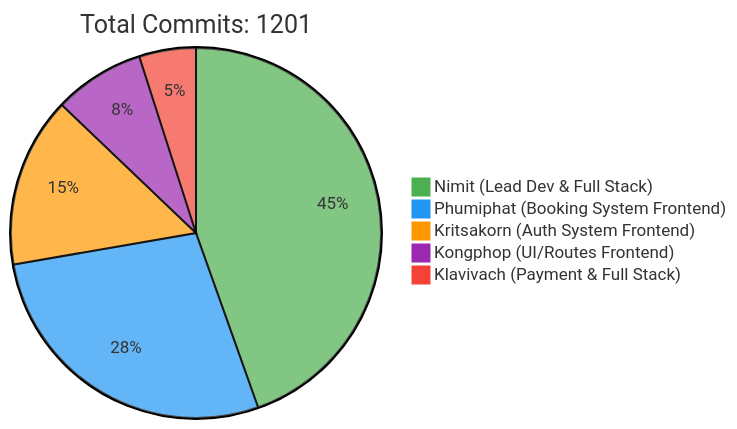
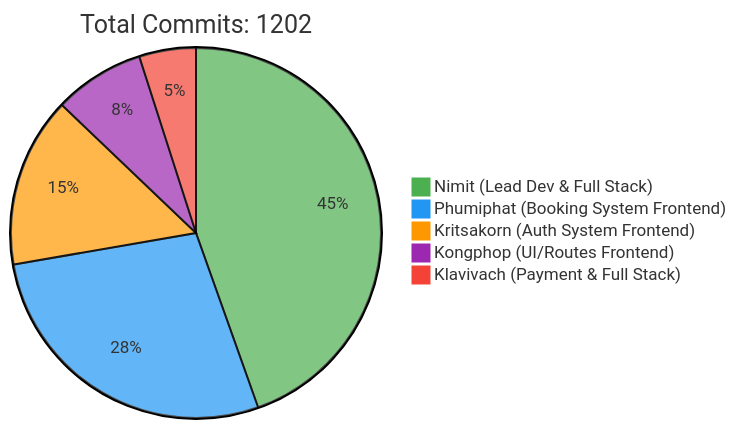
The first of 2 diagrams in README.md (6531503042/Sport-Complex), drawn with Mermaid before and after one commit. The commit also changed other lines of this file, not shown here.

Commit message:
docs: Update contributor statistics [skip ci]

````diff
--- a/README.md
+++ b/README.md
@@ -257,10 +257,10 @@
 ```mermaid
 %%{init: {'theme': 'base', 'themeVariables': { 'pie1': '#4CAF50', 'pie2': '#2196F3', 'pie3': '#FF9800', 'pie4': '#9C27B0', 'pie5': '#F44336'}}}%%
 pie
-    title Total Commits: 1201
+    title Total Commits: 1202
     "Nimit (Lead Dev & Full Stack)" : 450
     "Phumiphat (Booking System Frontend)" : 280
     "Kritsakorn (Auth System Frontend)" : 150
     "Kongphop (UI/Routes Frontend)" : 80
     "Klavivach (Payment & Full Stack)" : 50
 ```
````
